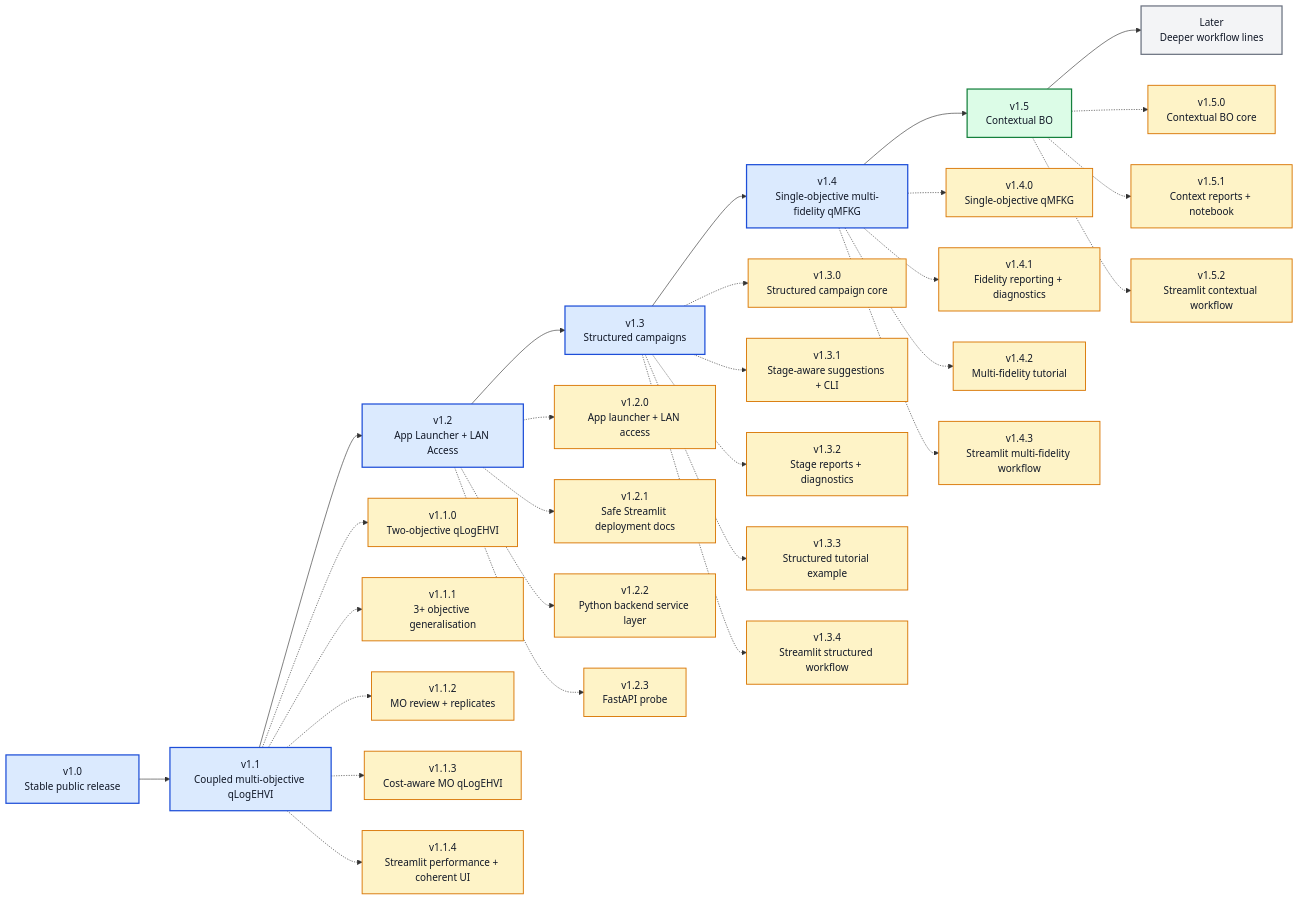
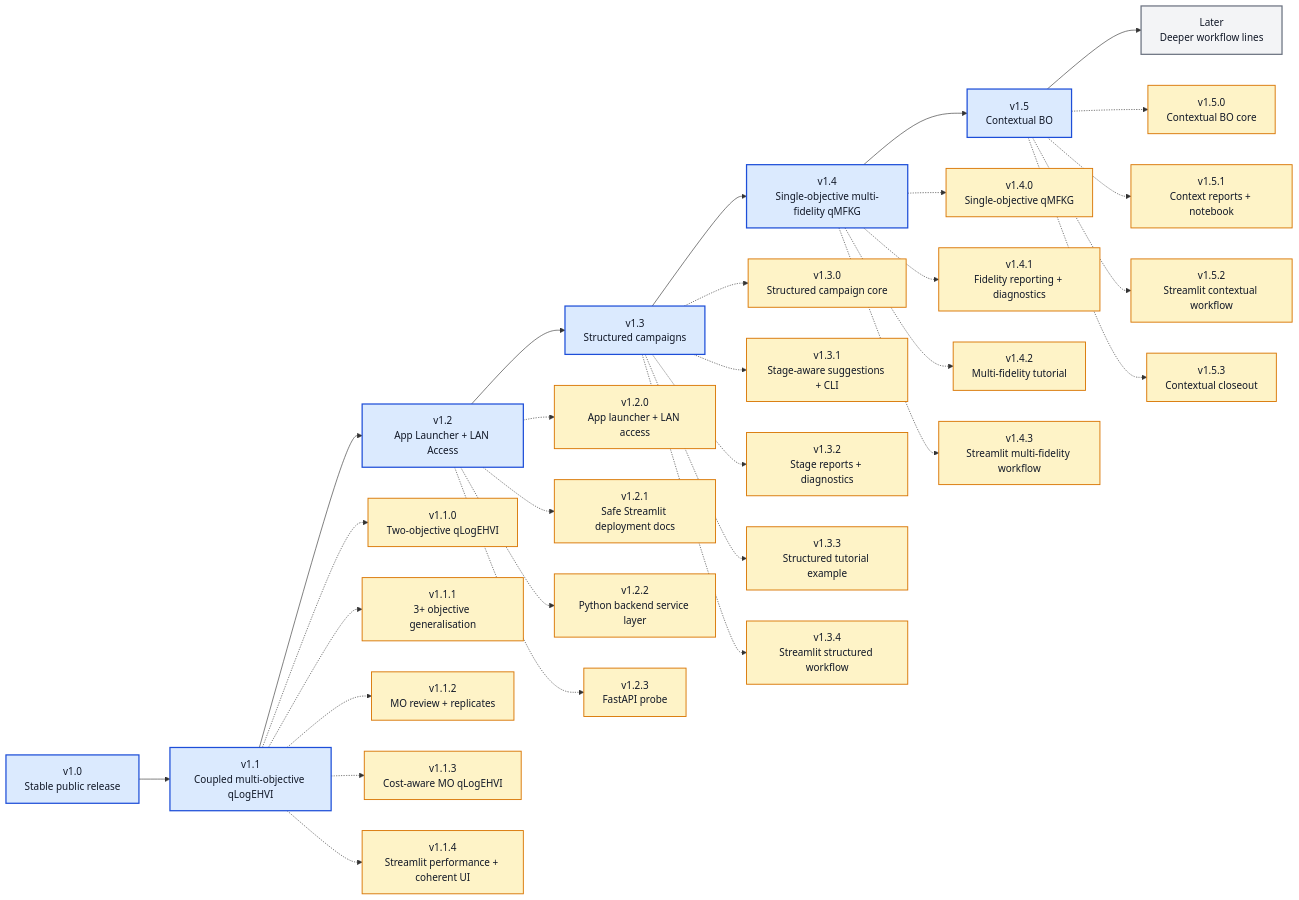
Before and after one commit to angzeli/bo-forge: the diagram in ROADMAP_V1_X.md, drawn with Mermaid. The commit also changed other lines of this file and 16 other files, not shown here.

````diff
--- a/ROADMAP_V1_X.md
+++ b/ROADMAP_V1_X.md
@@ -7,58 +7,59 @@
 ```mermaid
 flowchart LR
     v10["v1.0<br/>Stable public release"] --> v11["v1.1<br/>Coupled multi-objective qLogEHVI"] --> v12["v1.2<br/>App Launcher + LAN Access"] --> v13["v1.3<br/>Structured campaigns"] --> v14["v1.4<br/>Single-objective multi-fidelity qMFKG"] --> v15["v1.5<br/>Contextual BO"] --> later["Later<br/>Deeper workflow lines"]
 
     v110["v1.1.0<br/>Two-objective qLogEHVI"]
     v111["v1.1.1<br/>3+ objective generalisation"]
     v112["v1.1.2<br/>MO review + replicates"]
     v113["v1.1.3<br/>Cost-aware MO qLogEHVI"]
     v114["v1.1.4<br/>Streamlit performance + coherent UI"]
     v120["v1.2.0<br/>App launcher + LAN access"]
     v121["v1.2.1<br/>Safe Streamlit deployment docs"]
     v122["v1.2.2<br/>Python backend service layer"]
     v123["v1.2.3<br/>FastAPI probe"]
     v130["v1.3.0<br/>Structured campaign core"]
     v131["v1.3.1<br/>Stage-aware suggestions + CLI"]
     v132["v1.3.2<br/>Stage reports + diagnostics"]
     v133["v1.3.3<br/>Structured tutorial example"]
     v134["v1.3.4<br/>Streamlit structured workflow"]
     v140["v1.4.0<br/>Single-objective qMFKG"]
     v141["v1.4.1<br/>Fidelity reporting + diagnostics"]
     v142["v1.4.2<br/>Multi-fidelity tutorial"]
     v143["v1.4.3<br/>Streamlit multi-fidelity workflow"]
     v150["v1.5.0<br/>Contextual BO core"]
     v151["v1.5.1<br/>Context reports + notebook"]
     v152["v1.5.2<br/>Streamlit contextual workflow"]
+    v153["v1.5.3<br/>Contextual closeout"]
     
     v11 -.-> v110
     v11 -.-> v111
     v11 -.-> v112
     v11 -.-> v113
     v11 -.-> v114
     v12 -.-> v120
     v12 -.-> v121
     v12 -.-> v122
     v12 -.-> v123
     v13 -.-> v130
     v13 -.-> v131
     v13 -.-> v132
     v13 -.-> v133
     v13 -.-> v134
     v14 -.-> v140
     v14 -.-> v141
     v14 -.-> v142
     v14 -.-> v143
     v15 -.-> v150
     v15 -.-> v151
     v15 -.-> v152
+    v15 -.-> v153
 
-    class v10,v11,v12,v13,v14 majorDone
-    class v15 majorActive
+    class v10,v11,v12,v13,v14,v15 majorDone
     class later majorFuture
-    class v110,v111,v112,v113,v114,v120,v121,v122,v123,v130,v131,v132,v133,v134,v140,v141,v142,v143,v150,v151,v152 patchDone
+    class v110,v111,v112,v113,v114,v120,v121,v122,v123,v130,v131,v132,v133,v134,v140,v141,v142,v143,v150,v151,v152,v153 patchDone
 
     classDef majorDone fill:#dbeafe,stroke:#1d4ed8,stroke-width:2px,color:#111827;
     classDef majorActive fill:#dcfce7,stroke:#15803d,stroke-width:2px,color:#111827;
     classDef majorFuture fill:#f3f4f6,stroke:#6b7280,stroke-width:2px,color:#111827;
     classDef patchDone fill:#fef3c7,stroke:#d97706,stroke-width:1.5px,color:#111827;
 ```
````
